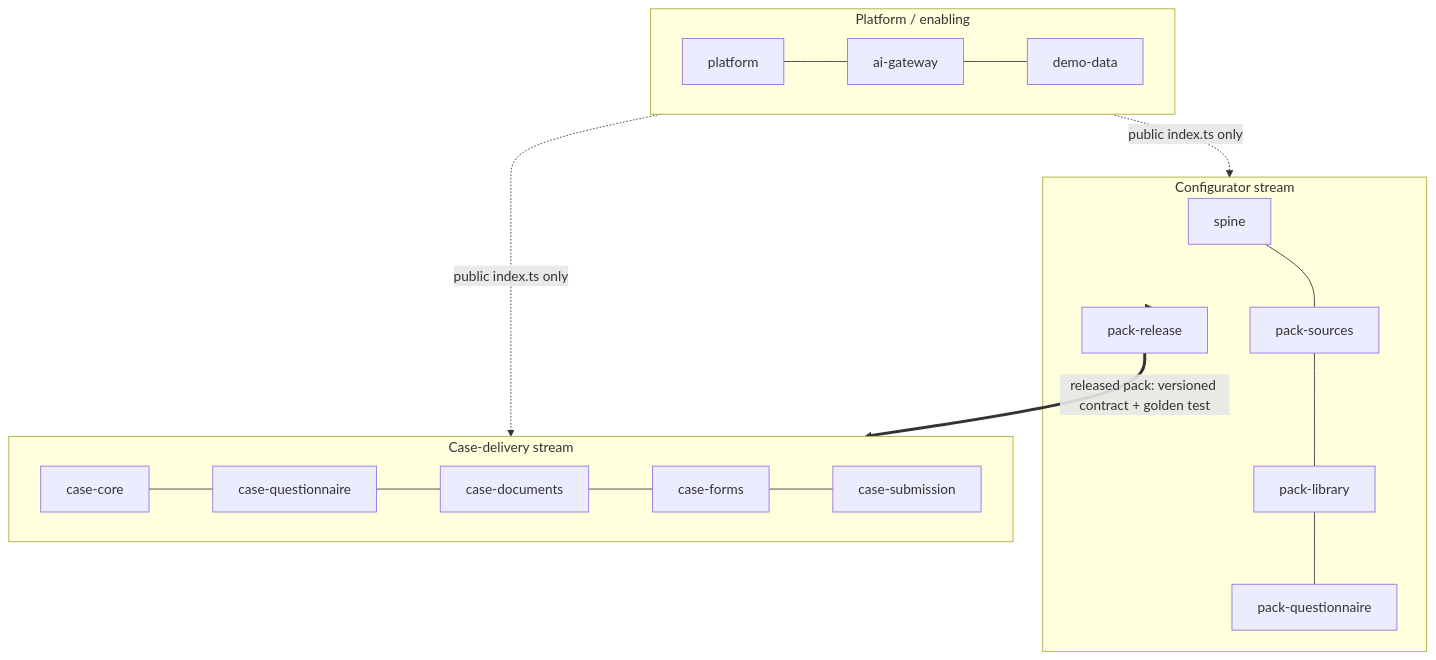
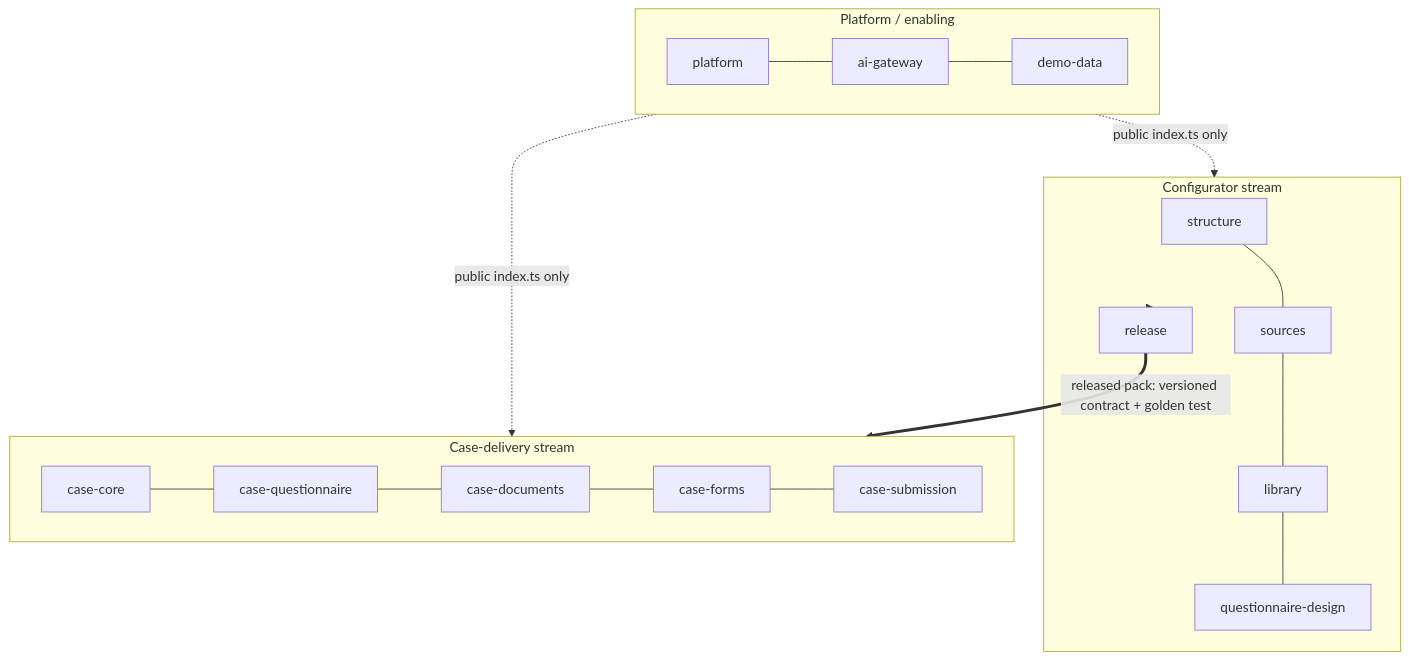
The third of 4 diagrams in ai-workers/problem-1-pathway-setup-and-form-filling/product/design/factory-plan-2026-11-12.md (ranjan-expatready/xpatready), drawn with Mermaid before and after one commit. The commit also changed other lines of this file and 7 other files, not shown here.

````diff
--- a/ai-workers/problem-1-pathway-setup-and-form-filling/product/design/factory-plan-2026-11-12.md
+++ b/ai-workers/problem-1-pathway-setup-and-form-filling/product/design/factory-plan-2026-11-12.md
@@ -381,17 +378,17 @@
 ```mermaid
 flowchart TB
   subgraph CFG["Configurator stream"]
-    SP[spine] --- SO[pack-sources] --- LI[pack-library] --- QD[pack-questionnaire]
-    RE[pack-release]
+    SP[structure] --- SO[sources] --- LI[library] --- QD[questionnaire-design]
+    RE[release]
   end
   subgraph CASE["Case-delivery stream"]
     CC[case-core] --- CQ[case-questionnaire] --- CD[case-documents] --- CF[case-forms] --- CS[case-submission]
   end
   subgraph PLAT["Platform / enabling"]
     PL[platform] --- AI[ai-gateway] --- DD[demo-data]
   end
   CFG --> RE
   RE ==>|"released pack: versioned contract + golden test"| CASE
   PLAT -.->|"public index.ts only"| CFG
   PLAT -.->|"public index.ts only"| CASE
 ```
````
